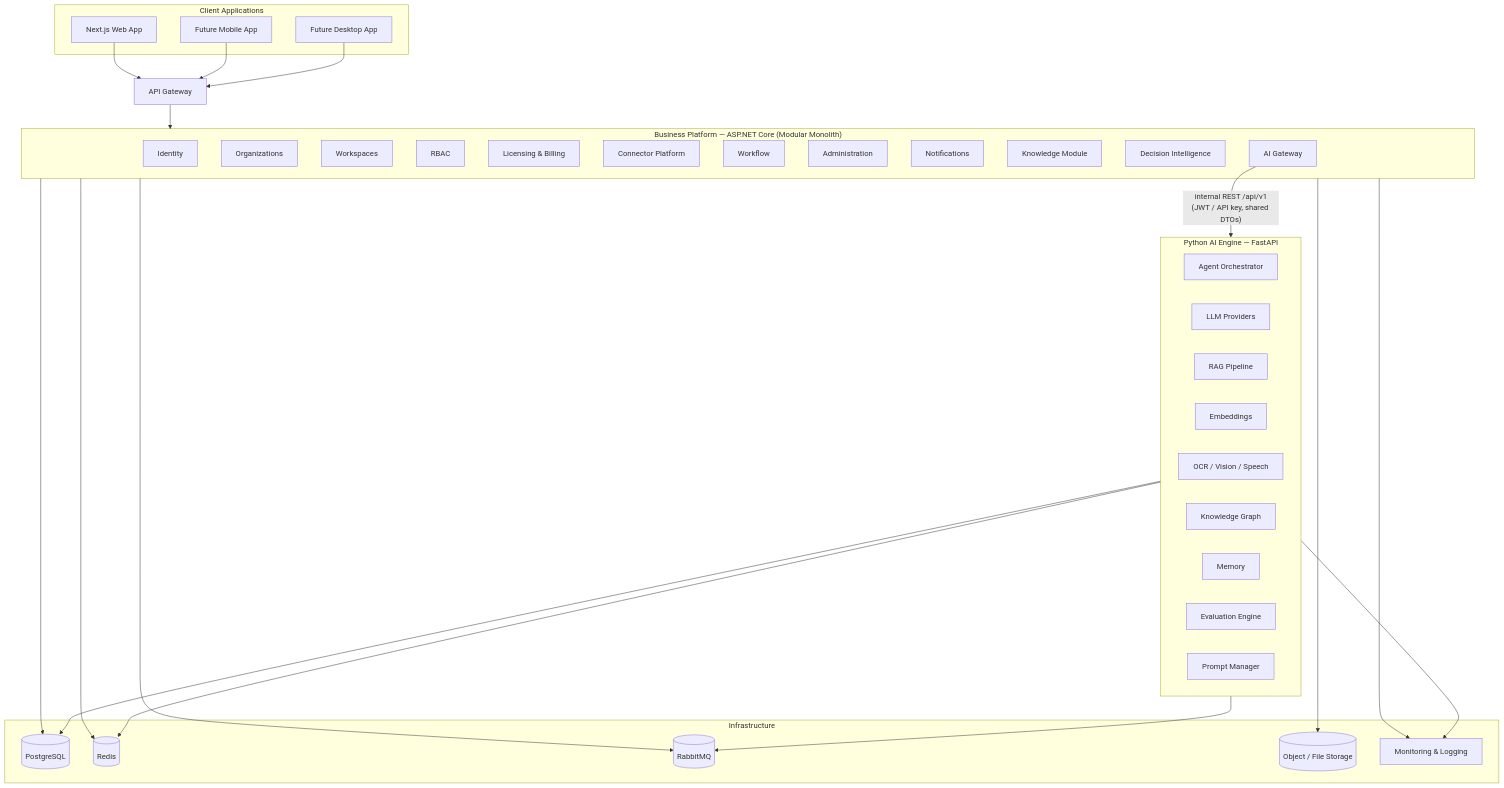
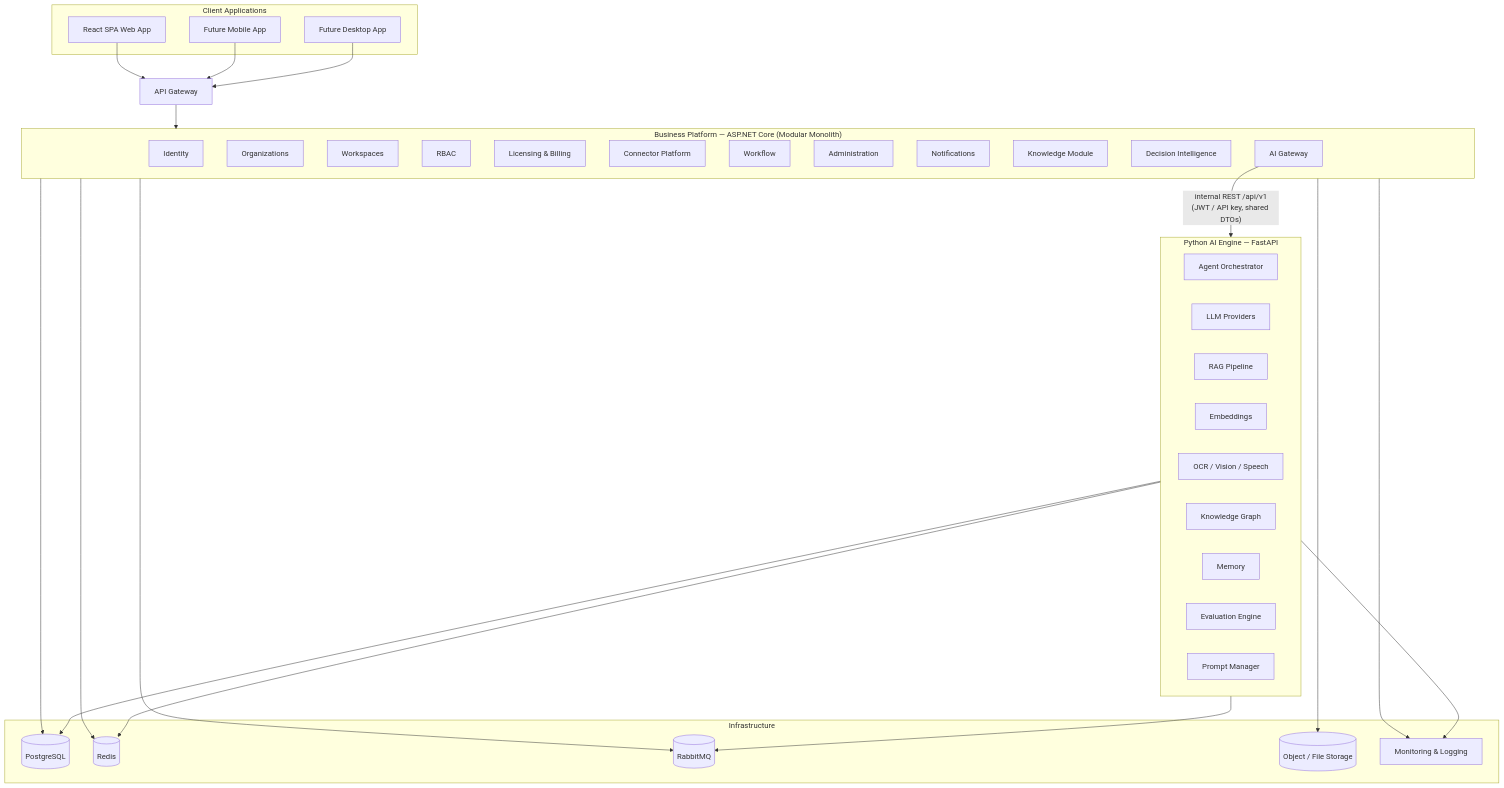
Before and after one commit to 004-rahul/Project-ZERO: the first of 4 diagrams in docs/master-documents/03_Project_Zero_Architecture_Bible_v3.0.md, drawn with Mermaid. The commit also changed other lines of this file and 15 other files, not shown here.

````diff
--- a/docs/master-documents/03_Project_Zero_Architecture_Bible_v3.0.md
+++ b/docs/master-documents/03_Project_Zero_Architecture_Bible_v3.0.md
@@ -139,61 +139,61 @@
 ```mermaid
 flowchart TD
     subgraph Clients["Client Applications"]
-        W[Next.js Web App]
+        W[React SPA Web App]
         M[Future Mobile App]
         D[Future Desktop App]
     end
 
     W --> GW[API Gateway]
     M --> GW
     D --> GW
 
     subgraph BP["Business Platform — ASP.NET Core (Modular Monolith)"]
         ID[Identity]
         ORG[Organizations]
         WS[Workspaces]
         RB[RBAC]
         LIC[Licensing & Billing]
         CON[Connector Platform]
         WF[Workflow]
         ADM[Administration]
         NOT[Notifications]
         KN[Knowledge Module]
         DI[Decision Intelligence]
         AIGW[AI Gateway]
     end
 
     GW --> BP
 
     subgraph AIE["Python AI Engine — FastAPI"]
         AO[Agent Orchestrator]
         LLM[LLM Providers]
         RAG[RAG Pipeline]
         EMB[Embeddings]
         OCR[OCR / Vision / Speech]
         KG[Knowledge Graph]
         MEM[Memory]
         EVAL[Evaluation Engine]
         PM[Prompt Manager]
     end
 
     AIGW -- "internal REST /api/v1<br/>(JWT / API key, shared DTOs)" --> AIE
 
     subgraph INF["Infrastructure"]
         PG[(PostgreSQL)]
         RD[(Redis)]
         MQ[(RabbitMQ)]
         FS[(Object / File Storage)]
         OBS[Monitoring & Logging]
     end
 
     BP --> PG
     BP --> RD
     BP --> MQ
     BP --> FS
     AIE --> PG
     AIE --> RD
     AIE --> MQ
     BP --> OBS
     AIE --> OBS
 ```
````
